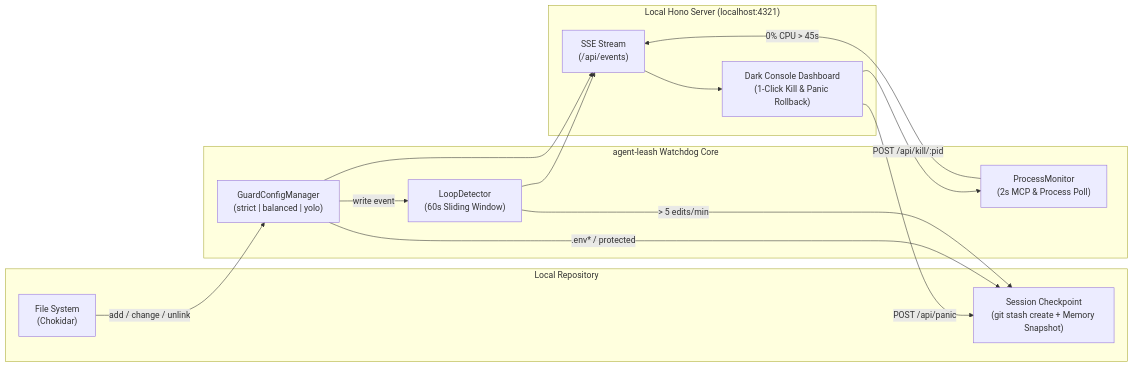
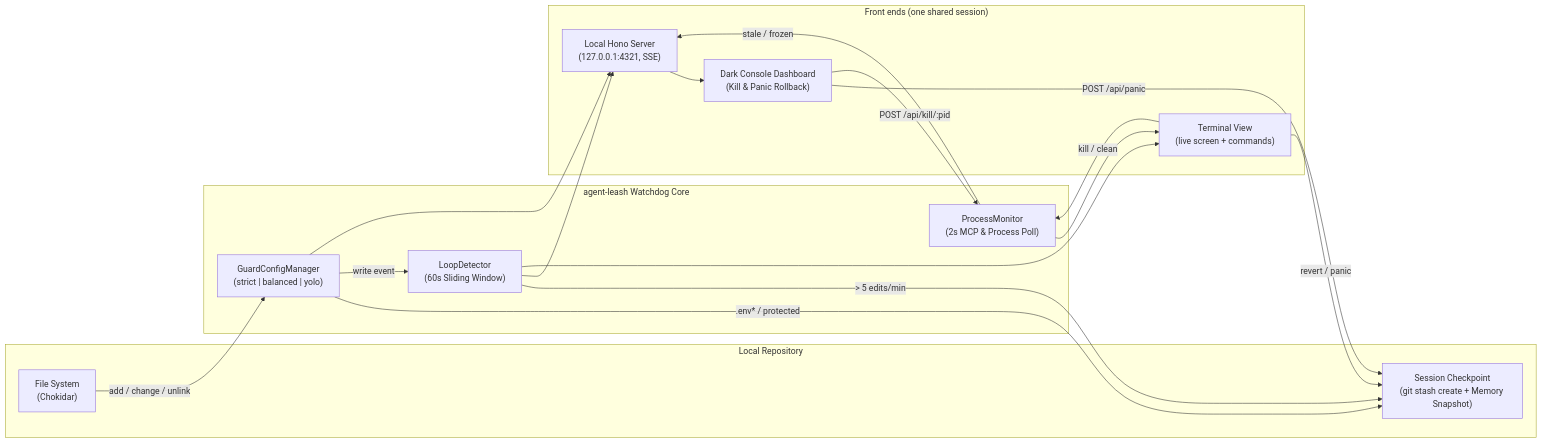
One commit to uwejettkant/strayps changed the diagram in README.md. Above: the diagram before and after it, drawn with Mermaid. The commit also changed other lines of this file and 1 other file, not shown here.

````diff
--- a/README.md
+++ b/README.md
@@ -63,29 +95,34 @@
 ```mermaid
 flowchart LR
   subgraph Repo["Local Repository"]
     FS["File System\n(Chokidar)"]
     GIT["Session Checkpoint\n(git stash create + Memory Snapshot)"]
   end
 
   subgraph Core["agent-leash Watchdog Core"]
     CFG["GuardConfigManager\n(strict | balanced | yolo)"]
     LOOP["LoopDetector\n(60s Sliding Window)"]
     PROC["ProcessMonitor\n(2s MCP & Process Poll)"]
   end
 
-  subgraph UI["Local Hono Server (localhost:4321)"]
-    SSE["SSE Stream\n(/api/events)"]
-    DASH["Dark Console Dashboard\n(1-Click Kill & Panic Rollback)"]
+  subgraph UI["Front ends (one shared session)"]
+    TUI["Terminal View\n(live screen + commands)"]
+    SSE["Local Hono Server\n(127.0.0.1:4321, SSE)"]
+    DASH["Dark Console Dashboard\n(Kill & Panic Rollback)"]
   end
 
   FS -->|add / change / unlink| CFG
   CFG -->|".env* / protected"| GIT
   CFG -->|write event| LOOP
   LOOP -->|"> 5 edits/min"| GIT
-  PROC -->|"0% CPU > 45s"| SSE
+  PROC -->|"stale / frozen"| SSE
   LOOP --> SSE
   CFG --> SSE
+  LOOP --> TUI
+  PROC --> TUI
   SSE --> DASH
   DASH -->|"POST /api/panic"| GIT
   DASH -->|"POST /api/kill/:pid"| PROC
+  TUI -->|"revert / panic"| GIT
+  TUI -->|"kill / clean"| PROC
 ```
````
